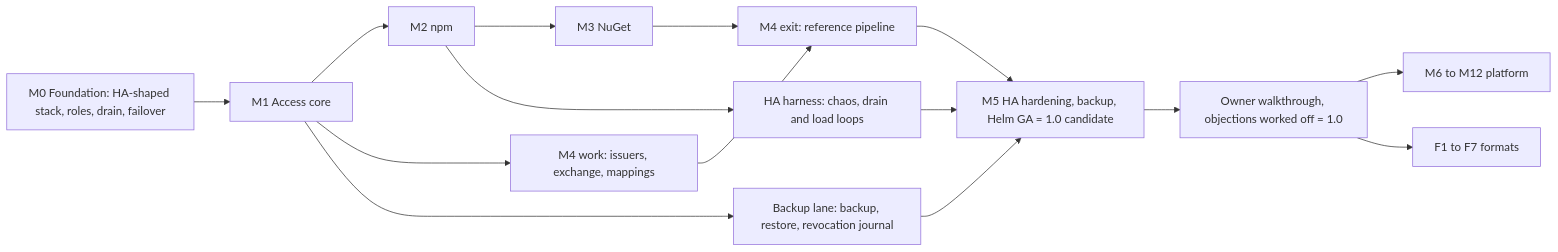
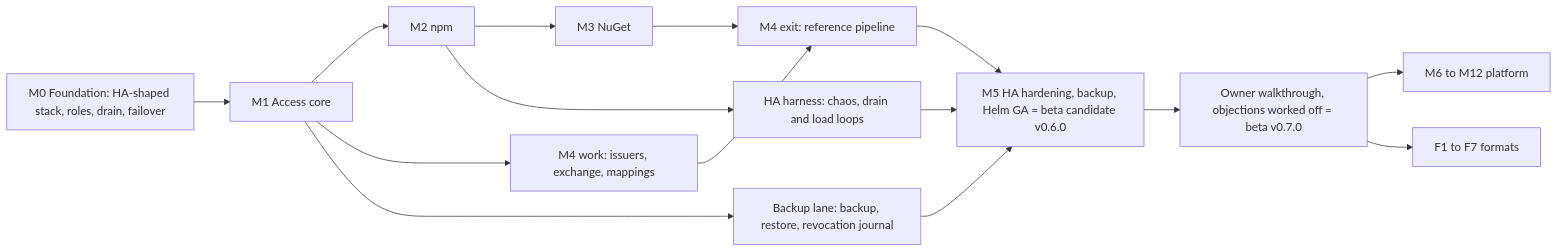
Before and after one commit to guided-traffic/trove: the diagram in docs/coverage/roadmap.md, drawn with Mermaid. The commit also changed other lines of this file and 8 other files, not shown here.

````diff
--- a/docs/coverage/roadmap.md
+++ b/docs/coverage/roadmap.md
@@ -138,17 +138,17 @@
 ```mermaid
 flowchart LR
   M0["M0 Foundation: HA-shaped stack, roles, drain, failover"] --> M1["M1 Access core"]
   M1 --> M2["M2 npm"]
   M2 --> M3["M3 NuGet"]
   M1 --> W4["M4 work: issuers, exchange, mappings"]
   W4 --> M4["M4 exit: reference pipeline"]
   M3 --> M4
   M1 --> B["Backup lane: backup, restore, revocation journal"]
   M2 --> H["HA harness: chaos, drain and load loops"]
-  H --> M5["M5 HA hardening, backup, Helm GA = 1.0 candidate"]
+  H --> M5["M5 HA hardening, backup, Helm GA = beta candidate v0.6.0"]
   B --> M5
   M4 --> M5
-  M5 --> R["Owner walkthrough, objections worked off = 1.0"]
+  M5 --> R["Owner walkthrough, objections worked off = beta v0.7.0"]
   R --> P1["M6 to M12 platform"]
   R --> F["F1 to F7 formats"]
 ```
````
